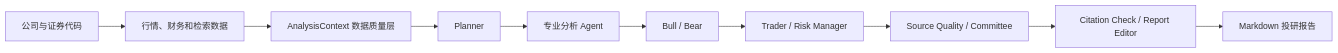
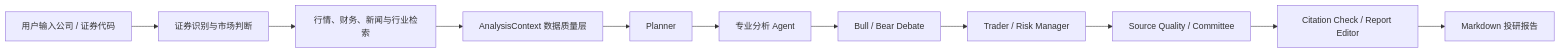
The diagram in README.md (wannathan20-sketch/deepalpha), drawn with Mermaid before and after one commit. The commit also changed other lines of this file, not shown here.

````diff
--- a/README.md
+++ b/README.md
@@ -20,12 +30,13 @@
 ```mermaid
 flowchart LR
-    A["公司与证券代码"] --> B["行情、财务和检索数据"]
-    B --> C["AnalysisContext 数据质量层"]
-    C --> D["Planner"]
-    D --> E["专业分析 Agent"]
-    E --> F["Bull / Bear"]
-    F --> G["Trader / Risk Manager"]
-    G --> H["Source Quality / Committee"]
-    H --> I["Citation Check / Report Editor"]
-    I --> J["Markdown 投研报告"]
+    A["用户输入公司 / 证券代码"] --> B["证券识别与市场判断"]
+    B --> C["行情、财务、新闻与行业检索"]
+    C --> D["AnalysisContext 数据质量层"]
+    D --> E["Planner"]
+    E --> F["专业分析 Agent"]
+    F --> G["Bull / Bear Debate"]
+    G --> H["Trader / Risk Manager"]
+    H --> I["Source Quality / Committee"]
+    I --> J["Citation Check / Report Editor"]
+    J --> K["Markdown 投研报告"]
 ```
````
